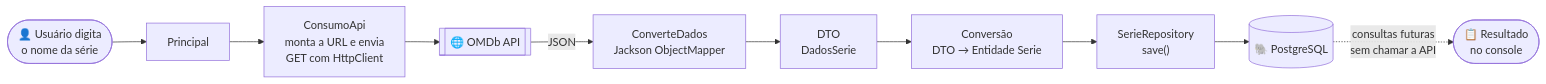
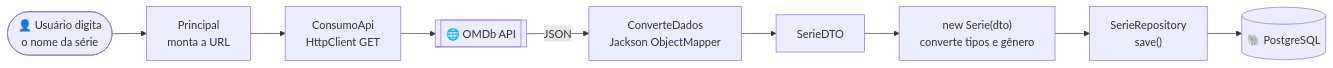
One commit to IgorPedrol/Screenmatch changed the third of 5 diagrams in README.md. Above: the diagram before and after it, drawn with Mermaid. The commit also changed other lines of this file, not shown here.

````diff
--- a/README.md
+++ b/README.md
@@ -157,12 +175,11 @@
 ```mermaid
 flowchart LR
-    A(["👤 Usuário digita<br/>o nome da série"]) --> B["Principal"]
-    B --> C["ConsumoApi<br/>monta a URL e envia<br/>GET com HttpClient"]
+    A(["👤 Usuário digita<br/>o nome da série"]) --> B["Principal<br/>monta a URL"]
+    B --> C["ConsumoApi<br/>HttpClient GET"]
     C --> D[["🌐 OMDb API"]]
     D -->|"JSON"| E["ConverteDados<br/>Jackson ObjectMapper"]
-    E --> F["DTO<br/>DadosSerie"]
-    F --> G["Conversão<br/>DTO → Entidade Serie"]
+    E --> F["SerieDTO"]
+    F --> G["new Serie(dto)<br/>converte tipos e gênero"]
     G --> H["SerieRepository<br/>save()"]
     H --> I[("🐘 PostgreSQL")]
-    I -.->|"consultas futuras<br/>sem chamar a API"| J(["📋 Resultado<br/>no console"])
 ```
````
